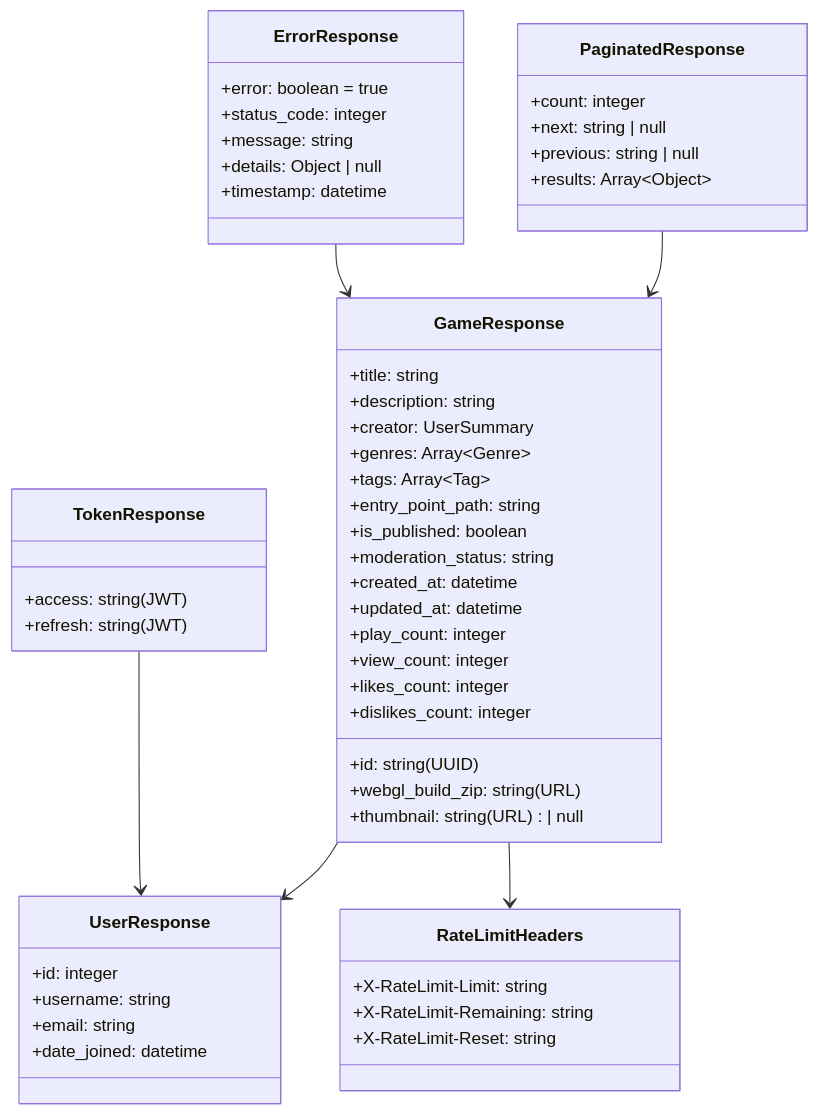
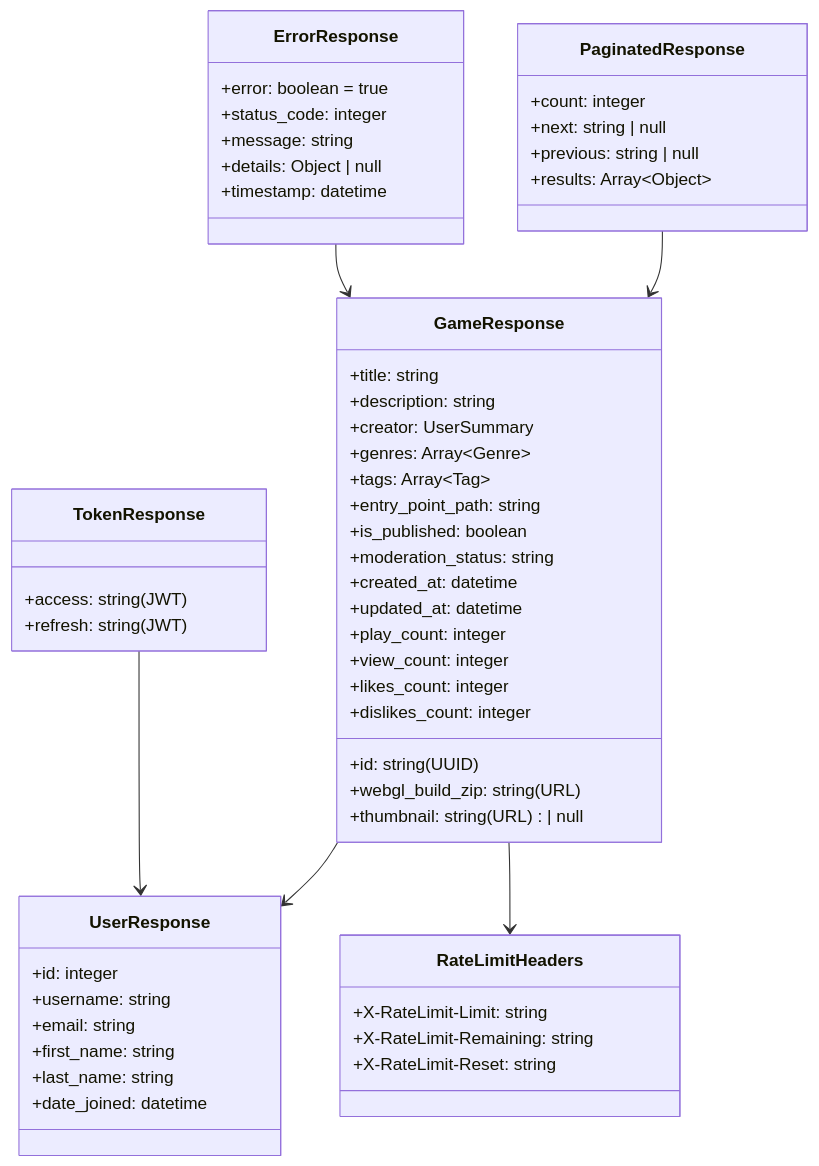
One commit to Enesevki/BRIDG changed the ninth of 15 diagrams in UYGULAMA_MIMARISI.md. Above: the diagram before and after it, drawn with Mermaid. The commit also changed other lines of this file and 1 other file, not shown here.

````diff
--- a/UYGULAMA_MIMARISI.md
+++ b/UYGULAMA_MIMARISI.md
@@ -966,61 +1014,63 @@
 ```mermaid
 classDiagram
     class PaginatedResponse {
         +count: integer
         +next: string | null
         +previous: string | null
         +results: Array~Object~
     }
     
     class GameResponse {
         +id: string (UUID)
         +title: string
         +description: string
         +creator: UserSummary
         +genres: Array~Genre~
         +tags: Array~Tag~
         +webgl_build_zip: string (URL)
         +thumbnail: string (URL) | null
         +entry_point_path: string
         +is_published: boolean
         +moderation_status: string
         +created_at: datetime
         +updated_at: datetime
         +play_count: integer
         +view_count: integer
         +likes_count: integer
         +dislikes_count: integer
     }
     
     class ErrorResponse {
         +error: boolean = true
         +status_code: integer
         +message: string
         +details: Object | null
         +timestamp: datetime
     }
     
     class UserResponse {
         +id: integer
         +username: string
         +email: string
+        +first_name: string
+        +last_name: string
         +date_joined: datetime
     }
     
     class TokenResponse {
         +access: string (JWT)
         +refresh: string (JWT)
     }
     
     class RateLimitHeaders {
         +X-RateLimit-Limit: string
         +X-RateLimit-Remaining: string
         +X-RateLimit-Reset: string
     }
     
     PaginatedResponse --> GameResponse
     GameResponse --> UserResponse
     ErrorResponse --> GameResponse
     TokenResponse --> UserResponse
     GameResponse --> RateLimitHeaders
 ```
````
